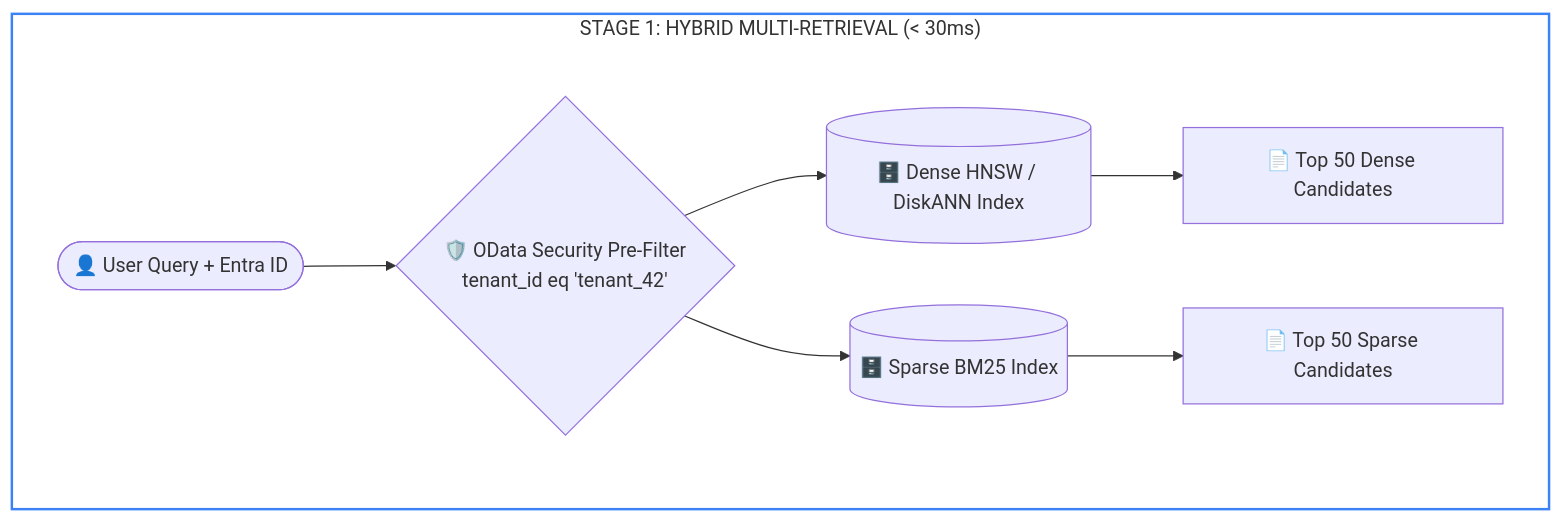
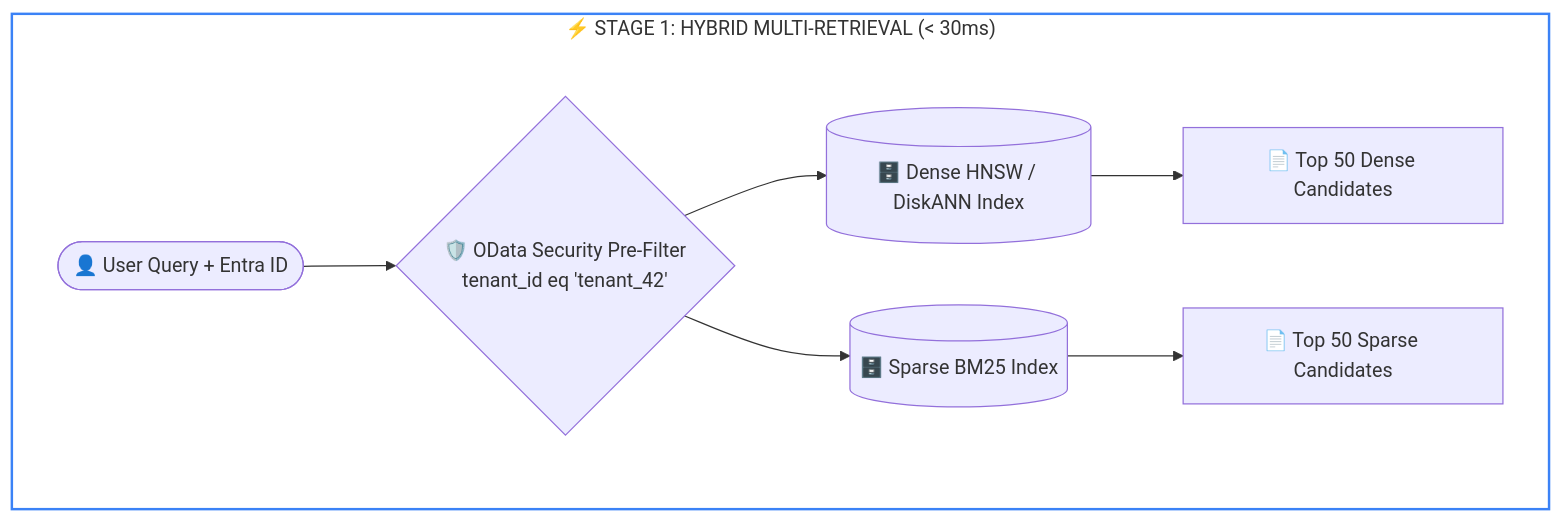
Before and after one commit to dip4k/senior-engineer-to-ai-engineer-roadmap: the first of 3 diagrams in 02-rag-and-knowledge-systems/reference/cloud-retrieval-architectures.md, drawn with Mermaid. The commit also changed other lines of this file and 94 other files, not shown here.

Commit message:
refactor(curriculum): complete Phase 04 upgrade and enforce diagram renderer invariants

````diff
--- a/02-rag-and-knowledge-systems/reference/cloud-retrieval-architectures.md
+++ b/02-rag-and-knowledge-systems/reference/cloud-retrieval-architectures.md
@@ -24,11 +24,11 @@
 ```mermaid
 flowchart TD
-    subgraph Stage1["STAGE 1: HYBRID MULTI-RETRIEVAL (< 30ms)"]
+    subgraph Stage1["⚡ STAGE 1: HYBRID MULTI-RETRIEVAL (< 30ms)"]
         UQ(["👤 User Query + Entra ID"]) --> PFilter{"🛡️ OData Security Pre-Filter<br>tenant_id eq 'tenant_42'"}
         PFilter --> HNSW[("🗄️ Dense HNSW / DiskANN Index")]
         PFilter --> BM25[("🗄️ Sparse BM25 Index")]
         HNSW --> TopDense["📄 Top 50 Dense Candidates"]
         BM25 --> TopSparse["📄 Top 50 Sparse Candidates"]
     end
     style Stage1 fill:none,stroke:#3b82f6,stroke-width:2px;
 ```
````
